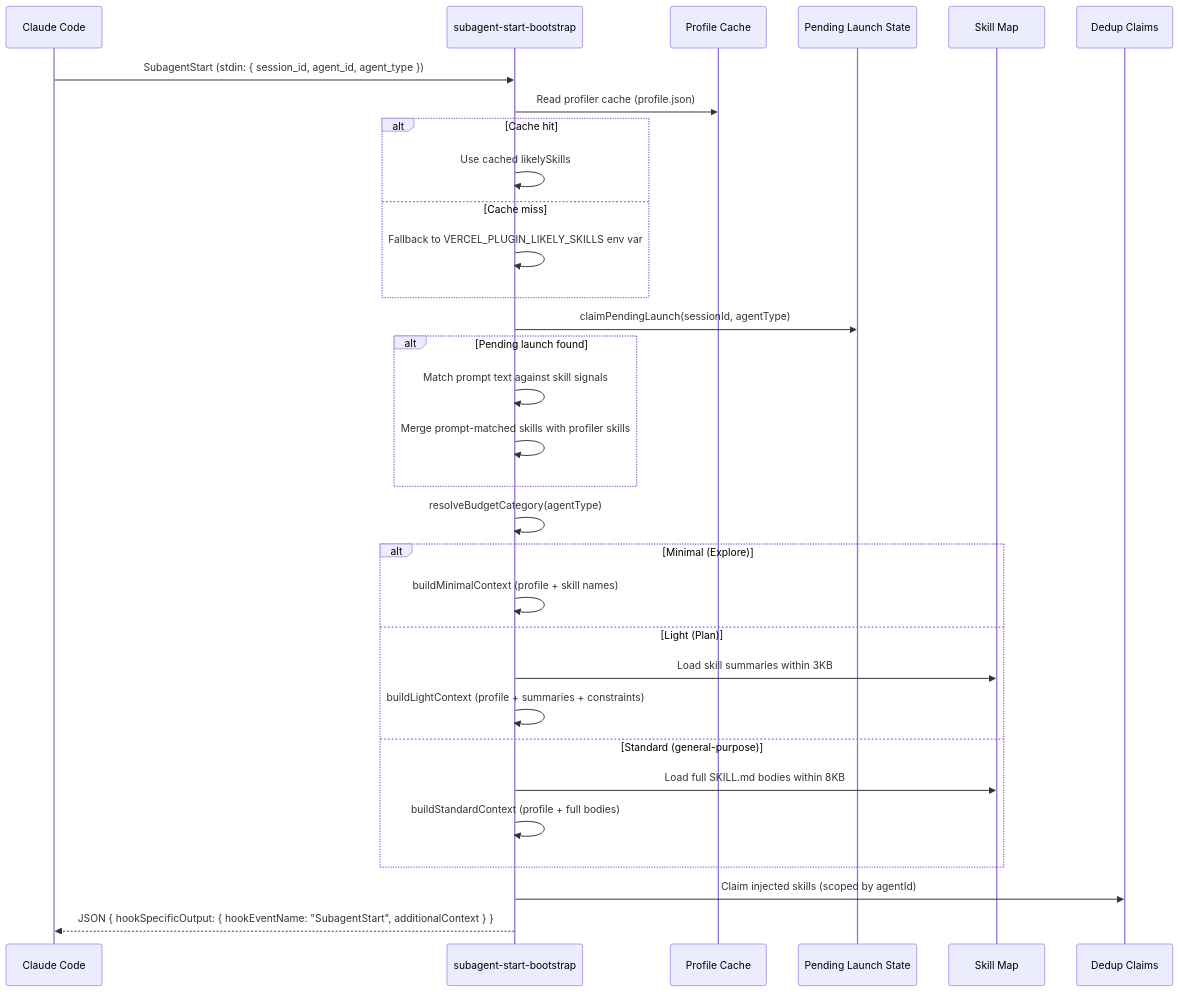
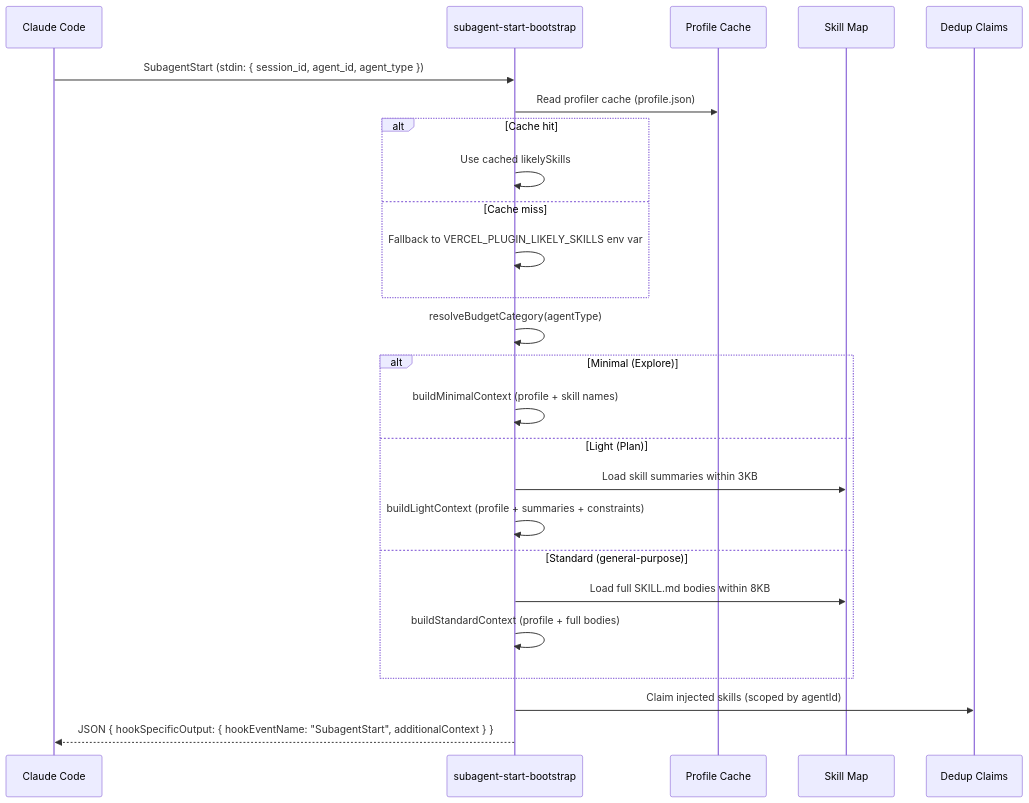
The eighth of 10 diagrams in docs/hook-lifecycle.md (vercel-labs/vercel-plugin), drawn with Mermaid before and after one commit. The commit also changed other lines of this file and 21 other files, not shown here.

````diff
--- a/docs/hook-lifecycle.md
+++ b/docs/hook-lifecycle.md
@@ -588,34 +546,28 @@
 ```mermaid
 sequenceDiagram
     participant CC as Claude Code
     participant Hook as subagent-start-bootstrap
     participant Cache as Profile Cache
-    participant State as Pending Launch State
     participant Skills as Skill Map
     participant Dedup as Dedup Claims
 
     CC->>Hook: SubagentStart (stdin: { session_id, agent_id, agent_type })
     Hook->>Cache: Read profiler cache (profile.json)
     alt Cache hit
         Hook->>Hook: Use cached likelySkills
     else Cache miss
         Hook->>Hook: Fallback to VERCEL_PLUGIN_LIKELY_SKILLS env var
-    end
-    Hook->>State: claimPendingLaunch(sessionId, agentType)
-    alt Pending launch found
-        Hook->>Hook: Match prompt text against skill signals
-        Hook->>Hook: Merge prompt-matched skills with profiler skills
     end
     Hook->>Hook: resolveBudgetCategory(agentType)
     alt Minimal (Explore)
         Hook->>Hook: buildMinimalContext (profile + skill names)
     else Light (Plan)
         Hook->>Skills: Load skill summaries within 3KB
         Hook->>Hook: buildLightContext (profile + summaries + constraints)
     else Standard (general-purpose)
         Hook->>Skills: Load full SKILL.md bodies within 8KB
         Hook->>Hook: buildStandardContext (profile + full bodies)
     end
     Hook->>Dedup: Claim injected skills (scoped by agentId)
     Hook-->>CC: JSON { hookSpecificOutput: { hookEventName: "SubagentStart", additionalContext } }
 ```
````
